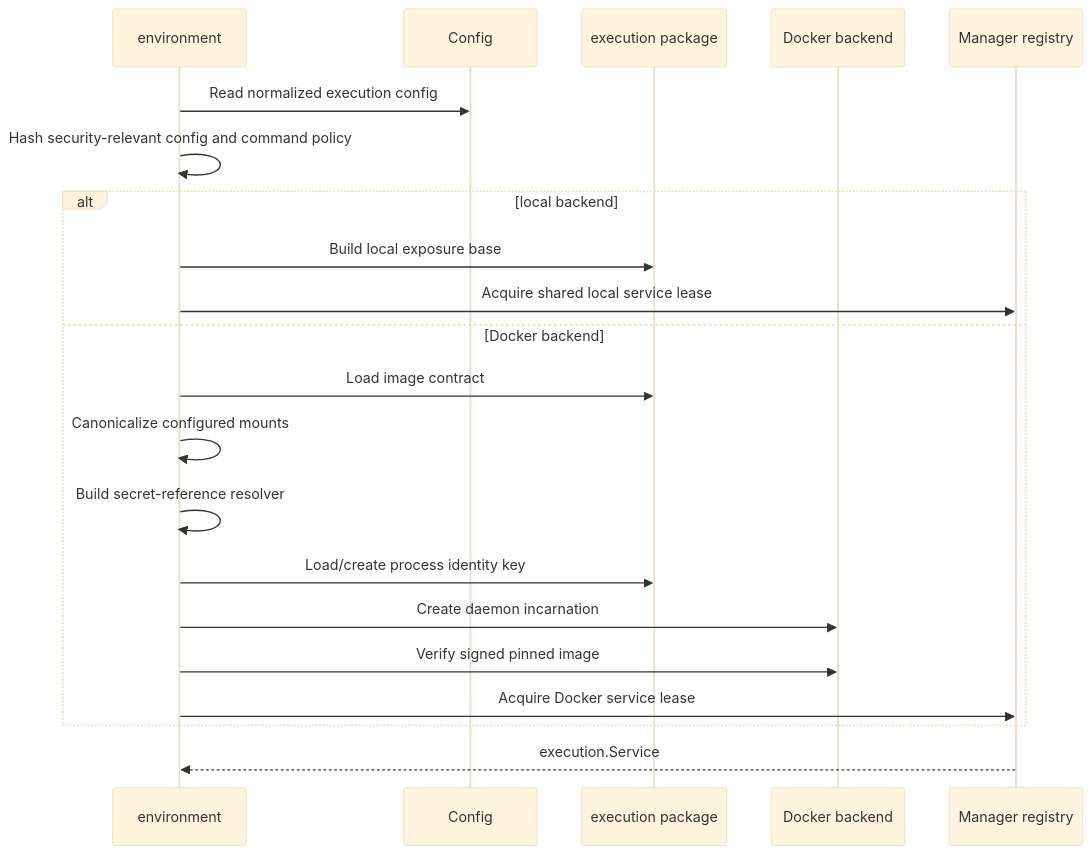
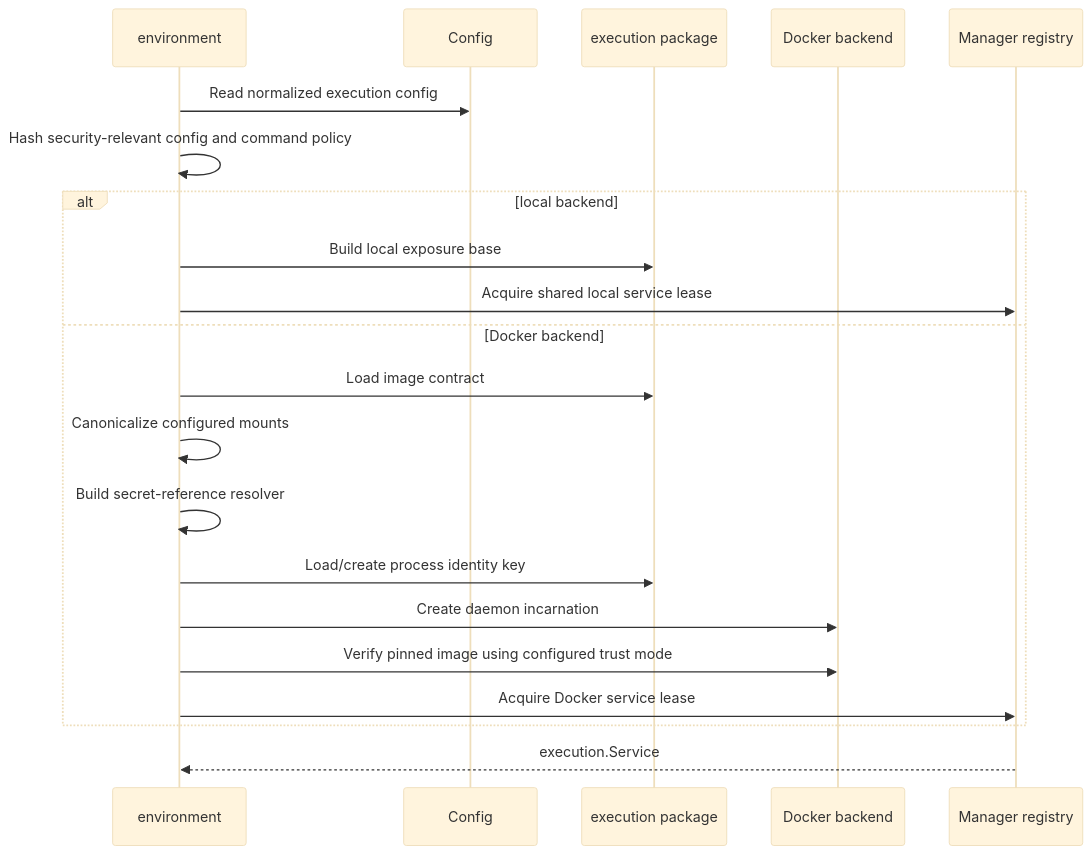
The fourth of 15 diagrams in docs/studies/command-execution-isolation-study.md (xymorphic/morph), drawn with Mermaid (base theme) before and after one commit. The commit also changed other lines of this file and 27 other files, not shown here.

````diff
--- a/docs/studies/command-execution-isolation-study.md
+++ b/docs/studies/command-execution-isolation-study.md
@@ -251,24 +263,24 @@
 ```mermaid
 sequenceDiagram
     participant E as environment
     participant C as Config
     participant X as execution package
     participant D as Docker backend
     participant M as Manager registry
 
     E->>C: Read normalized execution config
     E->>E: Hash security-relevant config and command policy
     alt local backend
         E->>X: Build local exposure base
         E->>M: Acquire shared local service lease
     else Docker backend
         E->>X: Load image contract
         E->>E: Canonicalize configured mounts
         E->>E: Build secret-reference resolver
         E->>X: Load/create process identity key
         E->>D: Create daemon incarnation
-        E->>D: Verify signed pinned image
+        E->>D: Verify pinned image using configured trust mode
         E->>M: Acquire Docker service lease
     end
     M-->>E: execution.Service
 ```
````
